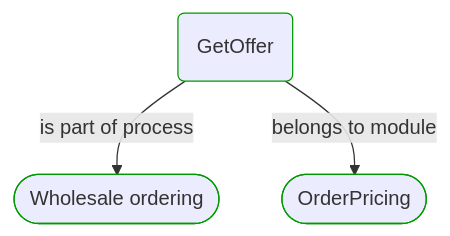
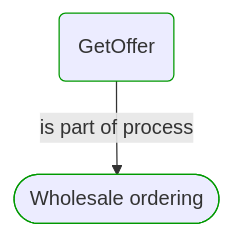
One commit to itlibrium/DDD-starter-dotnet changed the first of 4 diagrams in Docs/P3/MermaidOutput/ProcessSteps/Sale/Wholesale ordering/GetOffer.md. Above: the diagram before and after it, drawn with Mermaid. The commit also changed other lines of this file and 174 other files, not shown here.

````diff
--- a/Docs/P3/MermaidOutput/ProcessSteps/Sale/Wholesale ordering/GetOffer.md
+++ b/Docs/P3/MermaidOutput/ProcessSteps/Sale/Wholesale ordering/GetOffer.md
@@ -20,14 +20,11 @@
 ```mermaid
   flowchart TB
     0(GetOffer)
     class 0 DomainPerspective
     1([Wholesale ordering])
     class 1 DomainPerspective
     0-->|is part of process|1
-    2([OrderPricing])
-    class 2 DomainPerspective
-    0-->|belongs to module|2
     classDef DomainPerspective stroke:#009900
     classDef TechnologyPerspective stroke:#1F41EB
     classDef PeoplePerspective stroke:#FFF014
 ```
````
